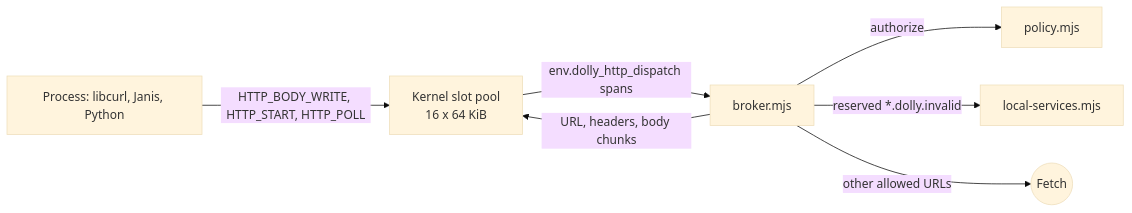
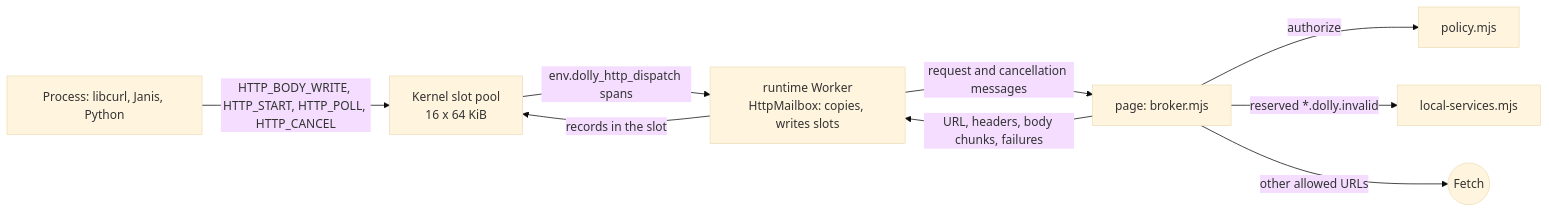
One commit to daugasauron/dolly changed the diagram in docs/http.md. Above: the diagram before and after it, drawn with Mermaid (base theme). The commit also changed 21 other files, not shown here.

````diff
--- a/docs/http.md
+++ b/docs/http.md
@@ -8,9 +8,11 @@
 ```mermaid
 flowchart LR
-  prog["Process: libcurl, Janis, Python"] -- "HTTP_BODY_WRITE, HTTP_START, HTTP_POLL" --> kernel["Kernel slot pool<br/>16 x 64 KiB"]
-  kernel -- "env.dolly_http_dispatch spans" --> broker["broker.mjs"]
+  prog["Process: libcurl, Janis, Python"] -- "HTTP_BODY_WRITE, HTTP_START, HTTP_POLL, HTTP_CANCEL" --> kernel["Kernel slot pool<br/>16 x 64 KiB"]
+  kernel -- "env.dolly_http_dispatch spans" --> worker["runtime Worker<br/>HttpMailbox: copies, writes slots"]
+  worker -- "request and cancellation messages" --> broker["page: broker.mjs"]
   broker -- "authorize" --> policy["policy.mjs"]
   broker -- "reserved *.dolly.invalid" --> local["local-services.mjs"]
   broker -- "other allowed URLs" --> fetch(("Fetch"))
-  broker -- "URL, headers, body chunks" --> kernel
+  broker -- "URL, headers, body chunks, failures" --> worker
+  worker -- "records in the slot" --> kernel
 ```
````
